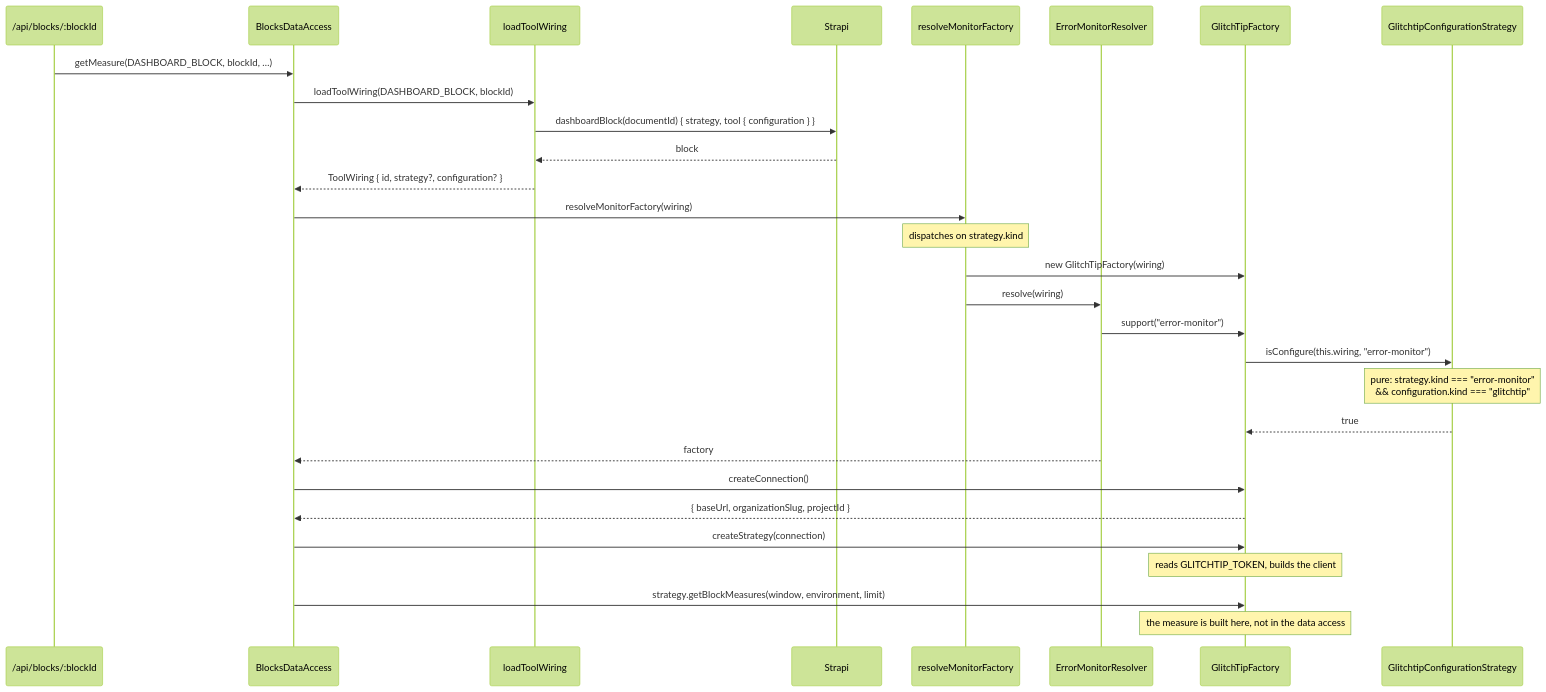
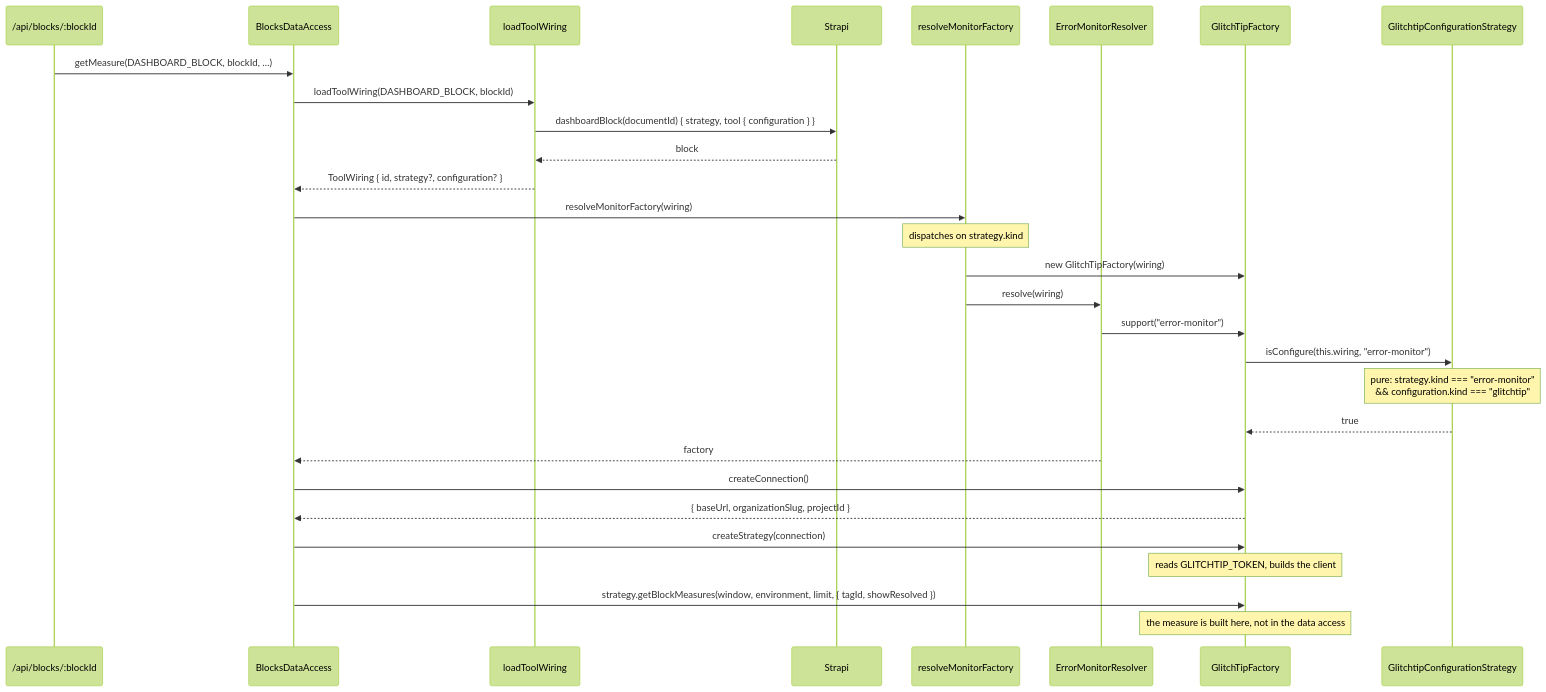
The fifth of 6 diagrams in apps/docs-site/docs/panels.md (webteamuxco/dashboard-monitor), drawn with Mermaid (forest theme) before and after one commit. The commit also changed 27 other files, not shown here.

````diff
--- a/apps/docs-site/docs/panels.md
+++ b/apps/docs-site/docs/panels.md
@@ -193,34 +193,34 @@
 ```mermaid
 sequenceDiagram
     participant Route as /api/blocks/:blockId
     participant DA as BlocksDataAccess
     participant Load as loadToolWiring
     participant Strapi
     participant Get as resolveMonitorFactory
     participant Res as ErrorMonitorResolver
     participant Fac as GlitchTipFactory
     participant Cfg as GlitchtipConfigurationStrategy
 
     Route->>DA: getMeasure(DASHBOARD_BLOCK, blockId, …)
     DA->>Load: loadToolWiring(DASHBOARD_BLOCK, blockId)
     Load->>Strapi: dashboardBlock(documentId) { strategy, tool { configuration } }
     Strapi-->>Load: block
     Load-->>DA: ToolWiring { id, strategy?, configuration? }
 
     DA->>Get: resolveMonitorFactory(wiring)
     Note over Get: dispatches on strategy.kind
     Get->>Fac: new GlitchTipFactory(wiring)
     Get->>Res: resolve(wiring)
     Res->>Fac: support("error-monitor")
     Fac->>Cfg: isConfigure(this.wiring, "error-monitor")
     Note over Cfg: pure: strategy.kind === "error-monitor"<br/>&& configuration.kind === "glitchtip"
     Cfg-->>Fac: true
     Res-->>DA: factory
 
     DA->>Fac: createConnection()
     Fac-->>DA: { baseUrl, organizationSlug, projectId }
     DA->>Fac: createStrategy(connection)
     Note over Fac: reads GLITCHTIP_TOKEN, builds the client
-    DA->>Fac: strategy.getBlockMeasures(window, environment, limit)
+    DA->>Fac: strategy.getBlockMeasures(window, environment, limit, { tagId, showResolved })
     Note over Fac: the measure is built here, not in the data access
 ```
````
